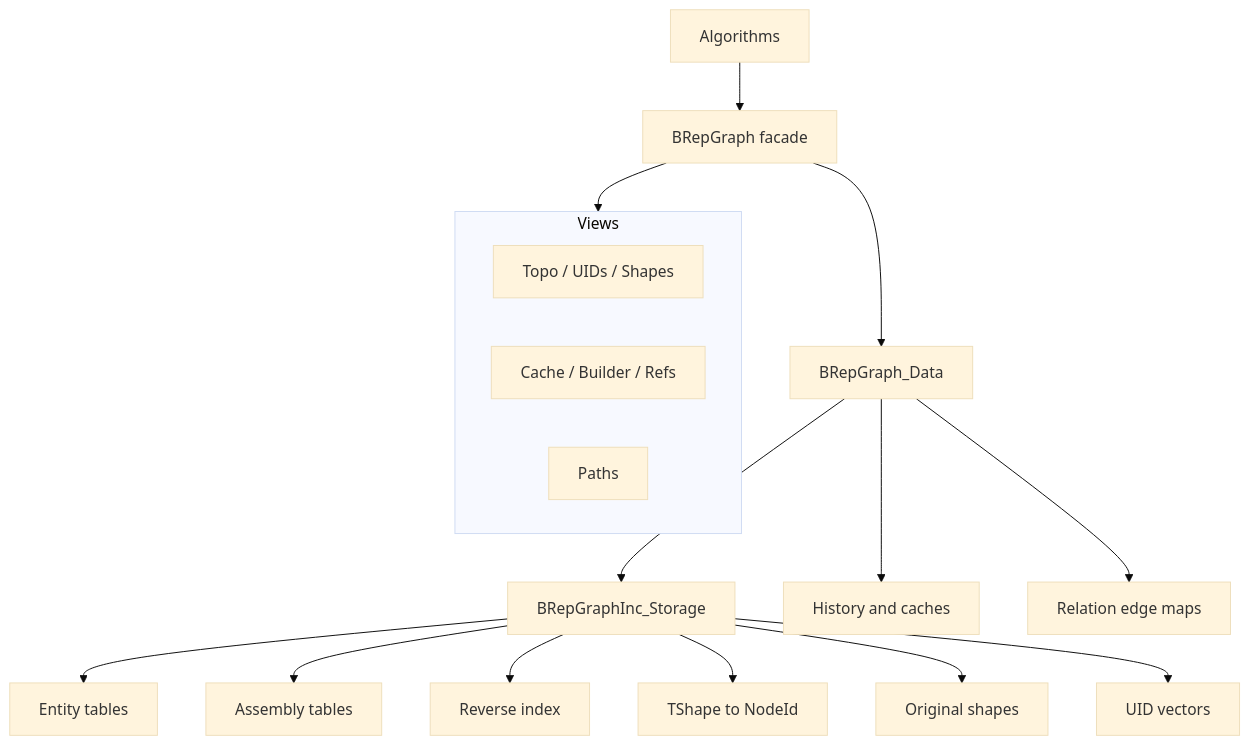
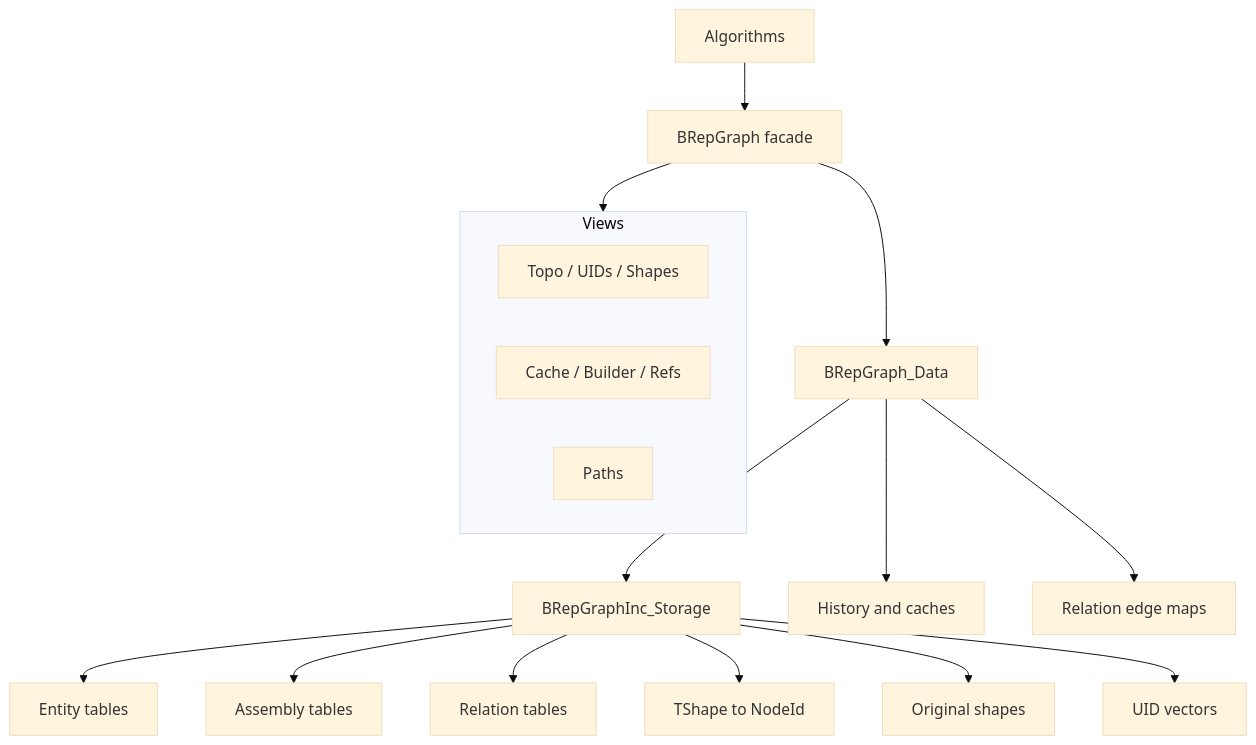
One commit to dpasukhi/OCCT changed the first of 4 diagrams in src/ModelingData/TKBRep/BRepGraph/README.md. Above: the diagram before and after it, drawn with Mermaid (base theme). The commit also changed other lines of this file and 181 other files, not shown here.

````diff
--- a/src/ModelingData/TKBRep/BRepGraph/README.md
+++ b/src/ModelingData/TKBRep/BRepGraph/README.md
@@ -52,23 +55,23 @@
 ```mermaid
 flowchart TB
   A[Algorithms] --> G[BRepGraph facade]
 
   subgraph Views
     V1[Topo / UIDs / Shapes]
     V2[Cache / Builder / Refs]
     V3[Paths]
   end
 
   G --> Views
   G --> D[BRepGraph_Data]
   D --> S[BRepGraphInc_Storage]
   D --> H[History and caches]
   D --> R[Relation edge maps]
 
   S --> E[Entity tables]
   S --> AS[Assembly tables]
-  S --> X[Reverse index]
+  S --> X[Relation tables]
   S --> T[TShape to NodeId]
   S --> O[Original shapes]
   S --> U[UID vectors]
 ```
````
